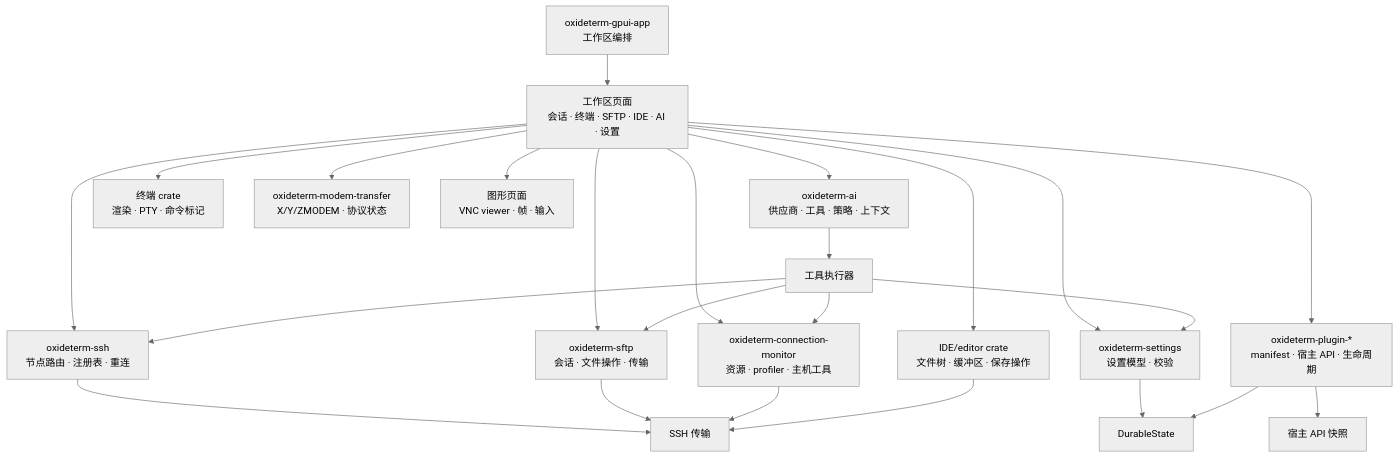
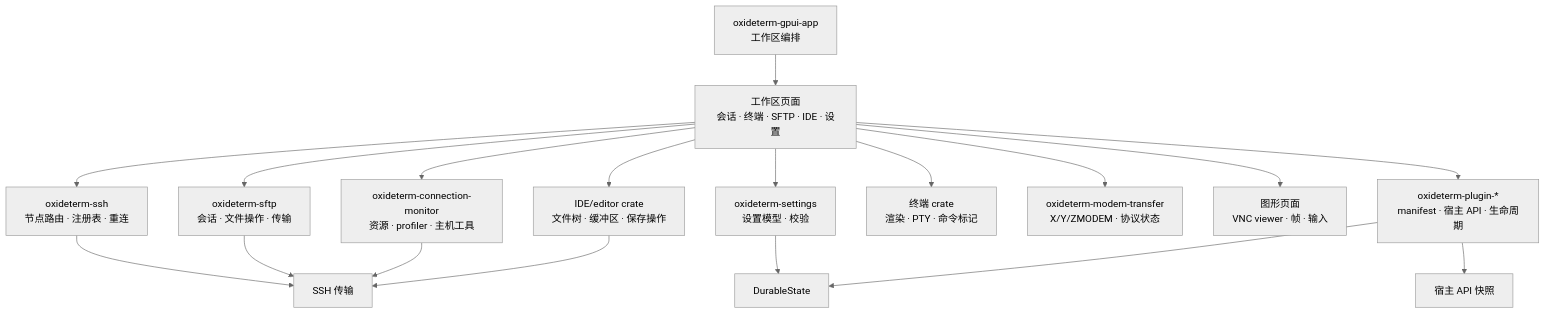
The sixth of 12 diagrams in docs/user-guide/zh-Hans/architecture.md (imeilige/oxideterm), drawn with Mermaid (neutral theme) before and after one commit. The commit also changed other lines of this file and 339 other files, not shown here.

````diff
--- a/docs/user-guide/zh-Hans/architecture.md
+++ b/docs/user-guide/zh-Hans/architecture.md
@@ -1027,28 +939,22 @@
 ```mermaid
 flowchart TB
-    Workspace["oxideterm-gpui-app<br/>工作区编排"] --> AppSurfaces["工作区页面<br/>会话 · 终端 · SFTP · IDE · AI · 设置"]
+    Workspace["oxideterm-gpui-app<br/>工作区编排"] --> AppSurfaces["工作区页面<br/>会话 · 终端 · SFTP · IDE · 设置"]
 
     AppSurfaces --> SshDomain["oxideterm-ssh<br/>节点路由 · 注册表 · 重连"]
     AppSurfaces --> SftpDomain["oxideterm-sftp<br/>会话 · 文件操作 · 传输"]
     AppSurfaces --> MonitorDomain["oxideterm-connection-monitor<br/>资源 · profiler · 主机工具"]
-    AppSurfaces --> AiDomain["oxideterm-ai<br/>供应商 · 工具 · 策略 · 上下文"]
     AppSurfaces --> SettingsDomain["oxideterm-settings<br/>设置模型 · 校验"]
     AppSurfaces --> PluginDomain["oxideterm-plugin-*<br/>manifest · 宿主 API · 生命周期"]
     AppSurfaces --> TerminalDomain["终端 crate<br/>渲染 · PTY · 命令标记"]
     AppSurfaces --> ModemDomain["oxideterm-modem-transfer<br/>X/Y/ZMODEM · 协议状态"]
     AppSurfaces --> GraphicsDomain["图形页面<br/>VNC viewer · 帧 · 输入"]
     AppSurfaces --> IdeDomain["IDE/editor crate<br/>文件树 · 缓冲区 · 保存操作"]
 
     SshDomain --> SshTransport["SSH 传输"]
     SftpDomain --> SshTransport
     MonitorDomain --> SshTransport
     IdeDomain --> SshTransport
     PluginDomain --> HostApi["宿主 API 快照"]
-    AiDomain --> ToolExecutor["工具执行器"]
-    ToolExecutor --> SshDomain
-    ToolExecutor --> SftpDomain
-    ToolExecutor --> MonitorDomain
-    ToolExecutor --> SettingsDomain
     SettingsDomain --> DurableState
     PluginDomain --> DurableState
 ```
````
